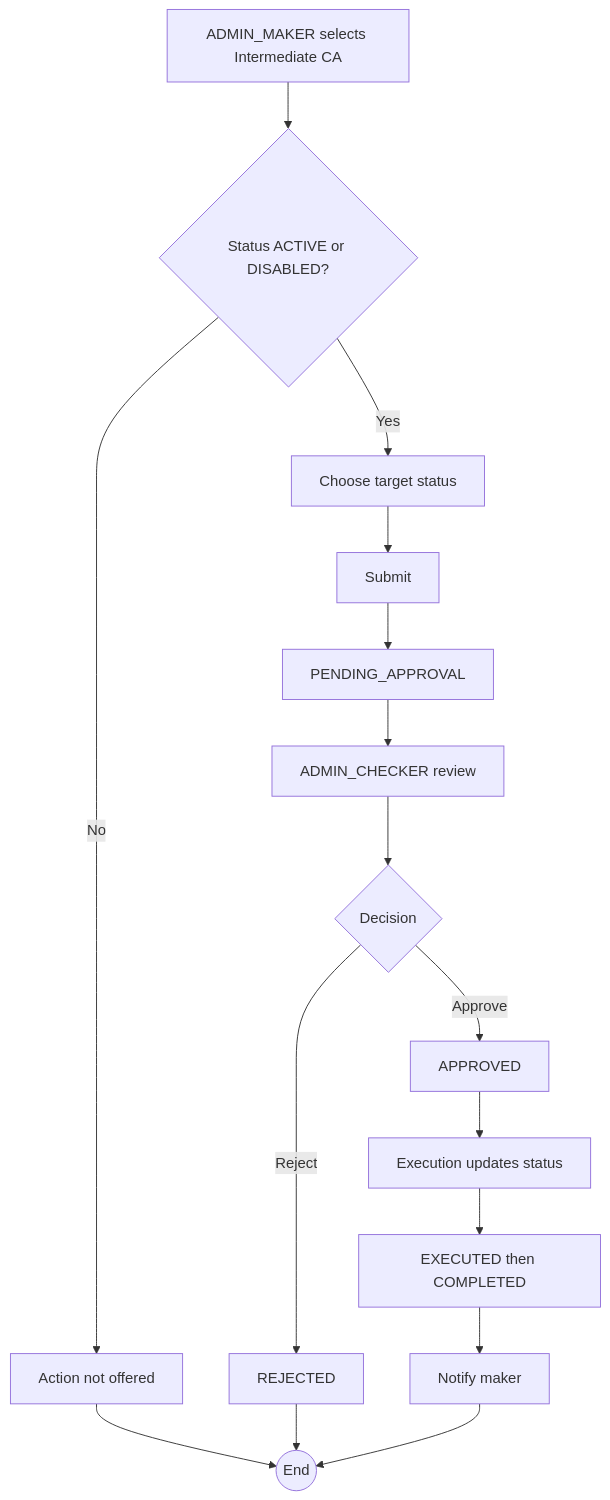
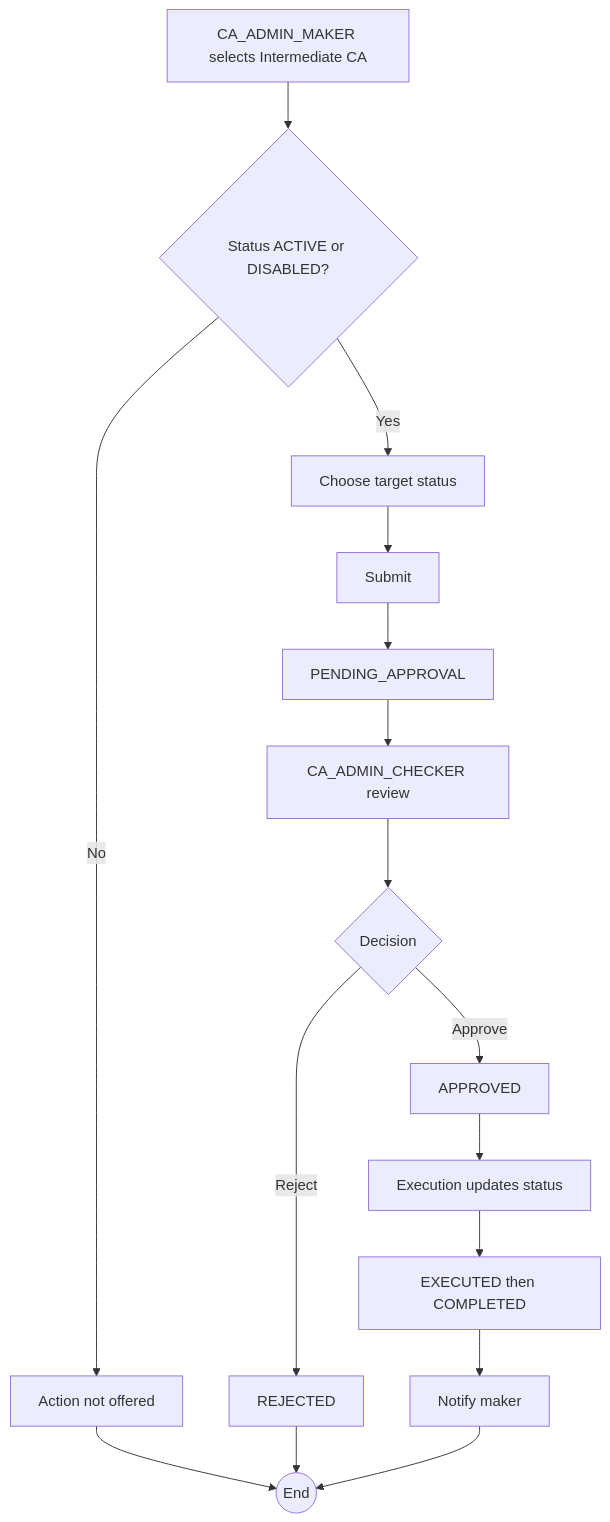
The diagram in Docs/1-Requirements/Workflows/WF-004-intermediate-ca-enable-disable.md (ruthvikchandravanam/Nexus-CA), drawn with Mermaid before and after one commit. The commit also changed other lines of this file and 33 other files, not shown here.

````diff
--- a/Docs/1-Requirements/Workflows/WF-004-intermediate-ca-enable-disable.md
+++ b/Docs/1-Requirements/Workflows/WF-004-intermediate-ca-enable-disable.md
@@ -21,16 +21,16 @@
 ```mermaid
 flowchart TD
-    A[ADMIN_MAKER selects Intermediate CA] --> B{Status ACTIVE or DISABLED?}
+    A[CA_ADMIN_MAKER selects Intermediate CA] --> B{Status ACTIVE or DISABLED?}
     B -- No --> B1[Action not offered] --> Z((End))
     B -- Yes --> C[Choose target status]
     C --> D[Submit]
     D --> E[PENDING_APPROVAL]
-    E --> F[ADMIN_CHECKER review]
+    E --> F[CA_ADMIN_CHECKER review]
     F --> G{Decision}
     G -- Reject --> R[REJECTED] --> Z
     G -- Approve --> H[APPROVED]
     H --> I[Execution updates status]
     I --> J[EXECUTED then COMPLETED]
     J --> K[Notify maker]
     K --> Z
 ```
````
